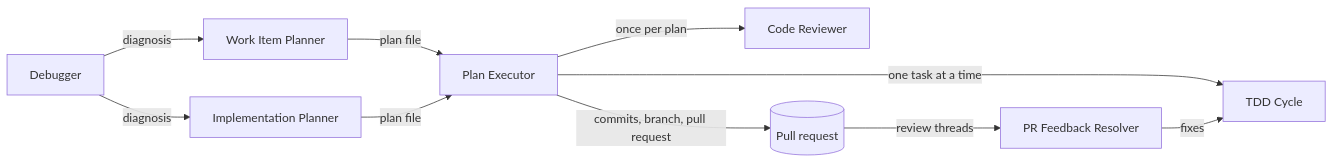
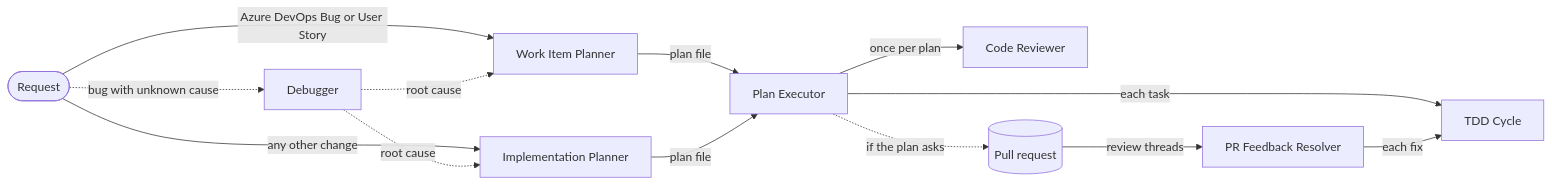
The diagram in README.md (mcbodge/copilot-agent-team), drawn with Mermaid before and after one commit. The commit also changed other lines of this file and 3 other files, not shown here.

Commit message:
Enhance documentation and agent instructions for C#/.NET conventions and TDD Cycle tools

````diff
--- a/README.md
+++ b/README.md
@@ -20,12 +20,15 @@
 ```mermaid
 flowchart LR
-    WIP[Work Item Planner] -->|plan file| EX[Plan Executor]
-    IMP[Implementation Planner] -->|plan file| EX
-    DBG[Debugger] -->|diagnosis| WIP
-    DBG -->|diagnosis| IMP
-    EX -->|one task at a time| TDD[TDD Cycle]
+    REQ([Request]) -->|Azure DevOps Bug or User Story| WIP[Work Item Planner]
+    REQ -->|any other change| IMP[Implementation Planner]
+    REQ -.->|bug with unknown cause| DBG[Debugger]
+    DBG -.->|root cause| WIP
+    DBG -.->|root cause| IMP
+    WIP -->|plan file| EX[Plan Executor]
+    IMP -->|plan file| EX
+    EX -->|each task| TDD[TDD Cycle]
     EX -->|once per plan| REV[Code Reviewer]
-    EX -->|commits, branch, pull request| PR[(Pull request)]
+    EX -.->|if the plan asks| PR[(Pull request)]
     PR -->|review threads| PFR[PR Feedback Resolver]
-    PFR -->|fixes| TDD
+    PFR -->|each fix| TDD
 ```
````
